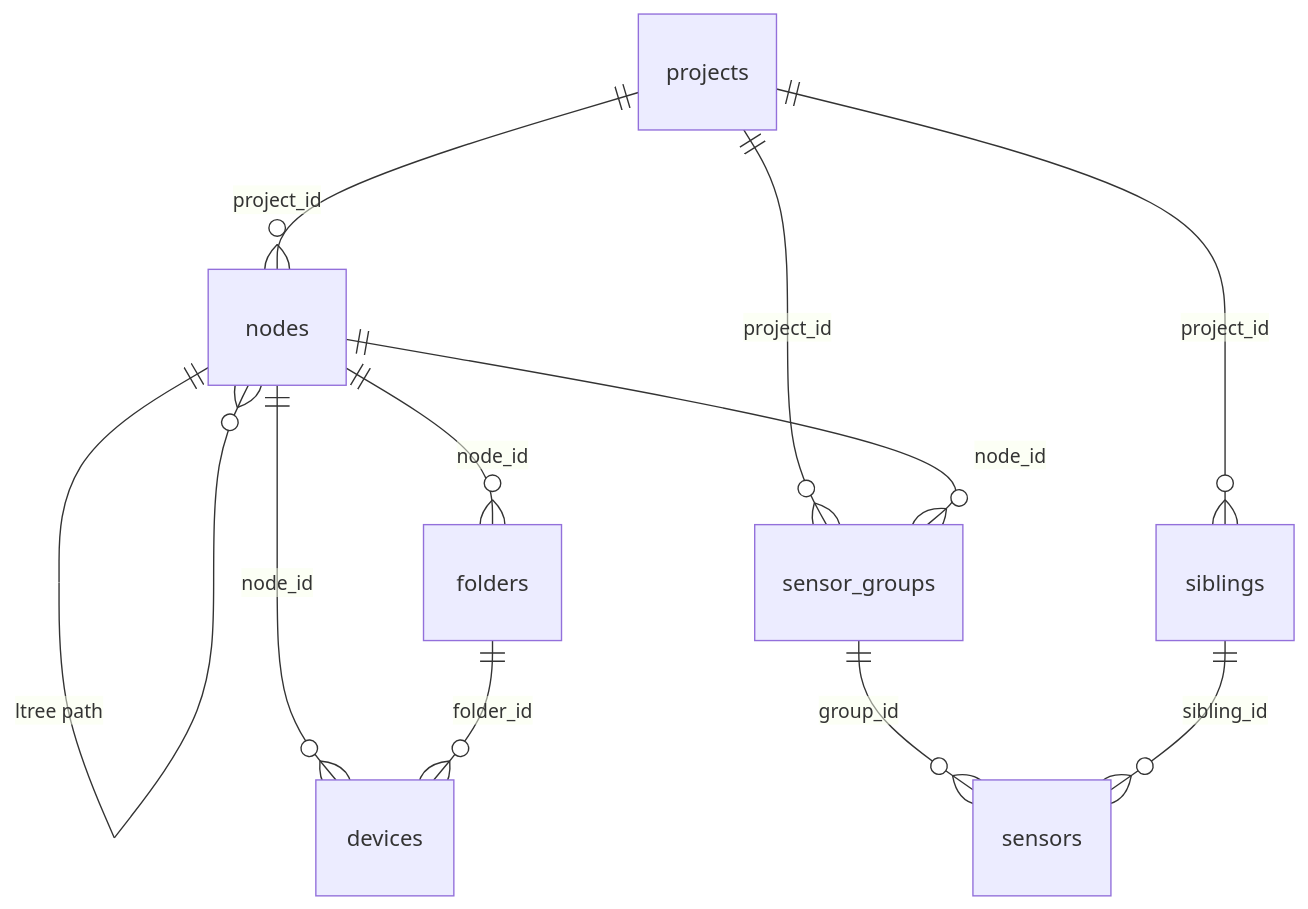
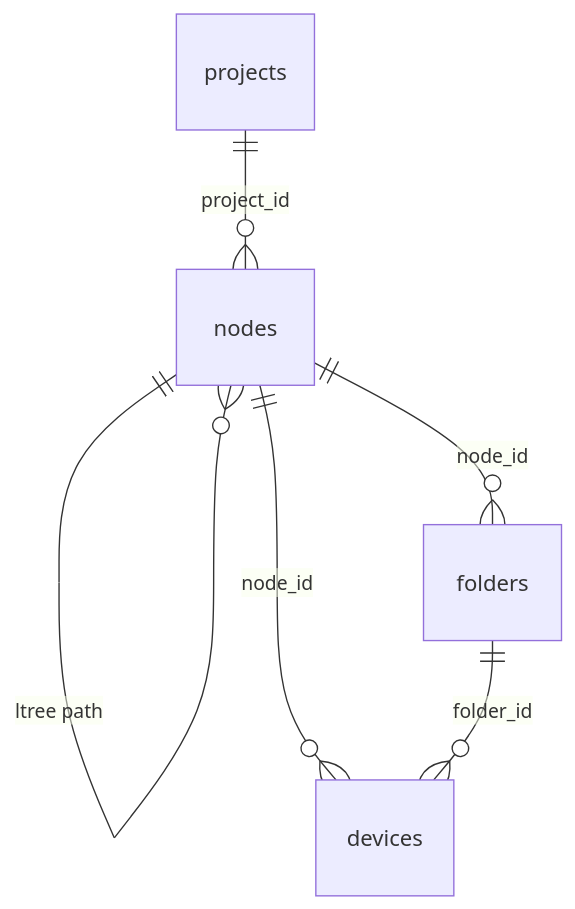
The second of 5 diagrams in server/관리-서버.md (inbm-company/geoverse--), drawn with Mermaid before and after one commit. The commit also changed other lines of this file and 3 other files, not shown here.

````diff
--- a/server/관리-서버.md
+++ b/server/관리-서버.md
@@ -52,13 +53,8 @@
 ```mermaid
 erDiagram
     projects ||--o{ nodes : "project_id"
-    projects ||--o{ siblings : "project_id"
     nodes ||--o{ nodes : "ltree path"
     nodes ||--o{ folders : "node_id"
     nodes ||--o{ devices : "node_id"
     folders ||--o{ devices : "folder_id"
-    projects ||--o{ sensor_groups : "project_id"
-    nodes ||--o{ sensor_groups : "node_id"
-    sensor_groups ||--o{ sensors : "group_id"
-    siblings ||--o{ sensors : "sibling_id"
 ```
````
